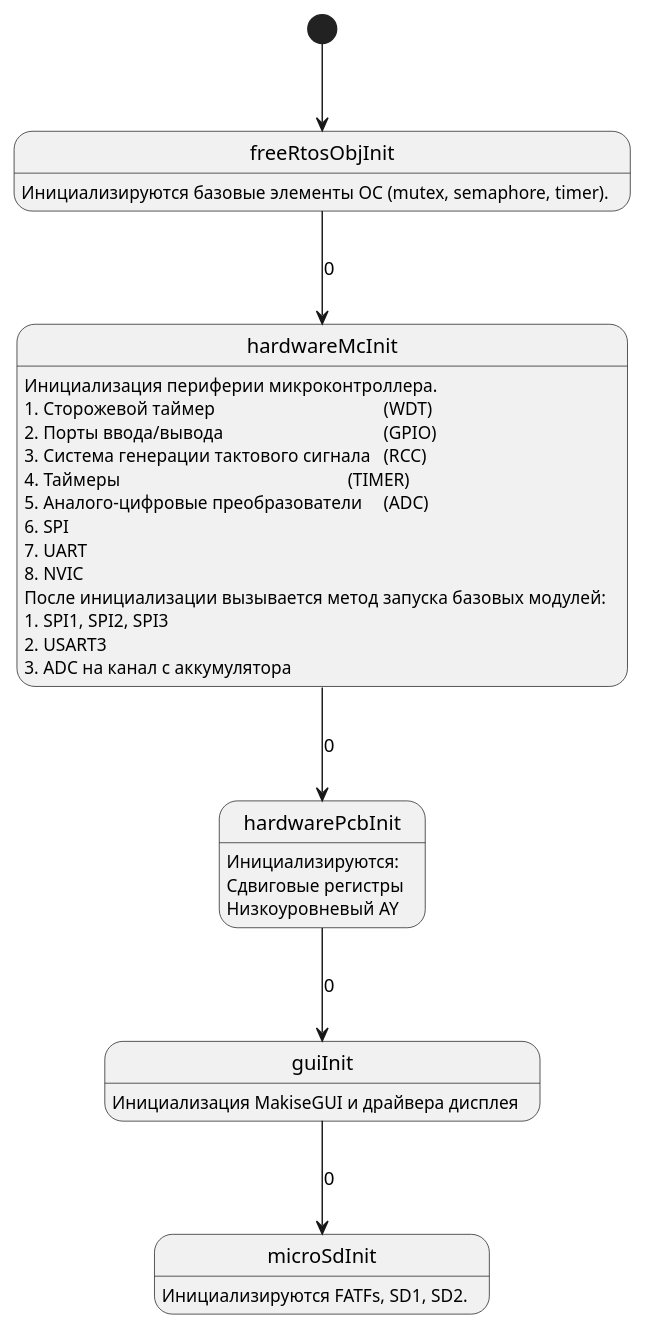
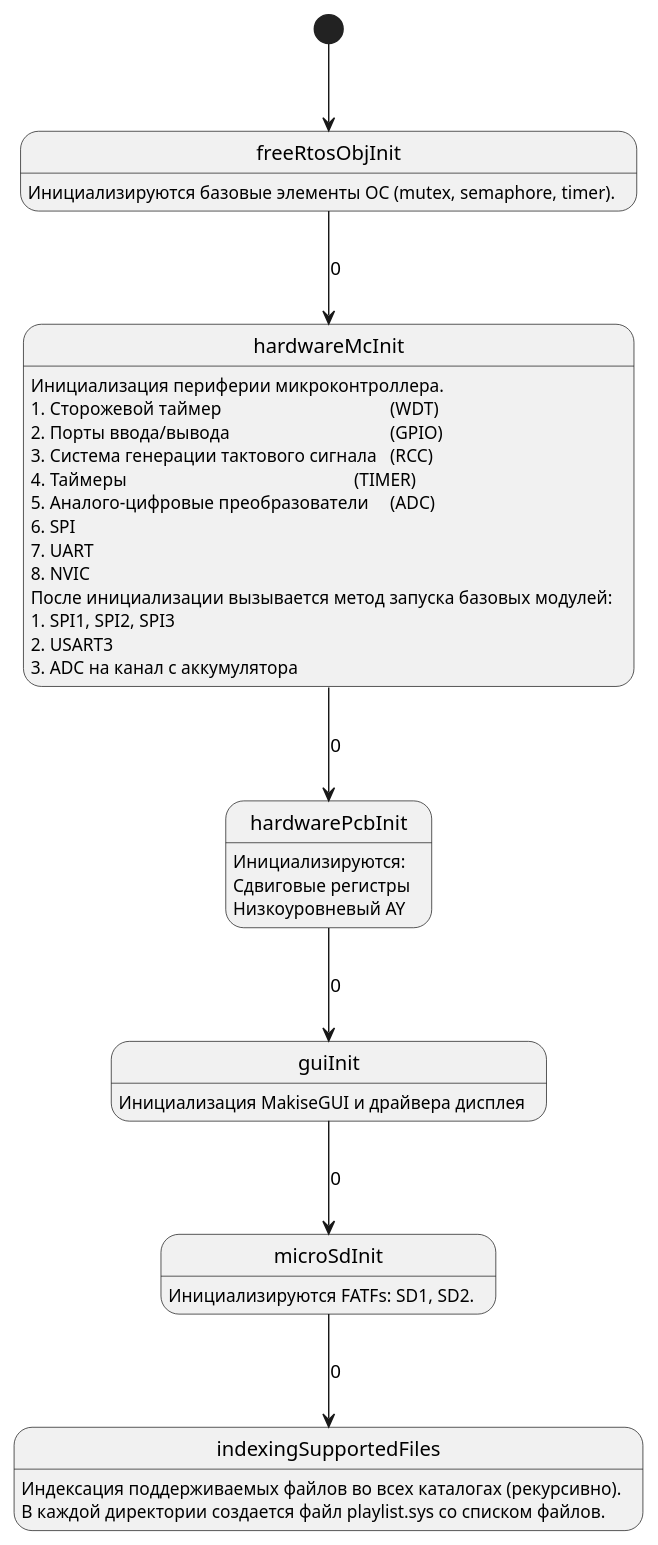
One commit to Vadimatorik/ChiptunePlayer-2.22 changed the diagram in user_code/fsm/tree/ayplayer_init_fsm.pu. Above: the diagram before and after it, drawn with PlantUML.

Commit message:
Изменения в user_code/fsm/tree/ayplayer_init_fsm.pu. 1. Добавлен метод анализа директории при включении.

```diff
--- a/user_code/fsm/tree/ayplayer_init_fsm.pu
+++ b/user_code/fsm/tree/ayplayer_init_fsm.pu
@@ -4,47 +4,55 @@
 @startuml
 
 [*] --> s0
 
 state "freeRtosObjInit" as s0 {
 s0:Инициализируются базовые элементы ОС (mutex, semaphore, timer).
 }
 
 s0 --> s1								: 0
 
 state "hardwareMcInit" as s1 {
 s1: Инициализация периферии микроконтроллера.
 s1:1. Сторожевой таймер\t\t\t\t\t(WDT)
 s1:2. Порты ввода/вывода\t\t\t\t\t(GPIO)
 s1:3. Система генерации тактового сигнала\t(RCC)
 s1:4. Таймеры\t\t\t\t\t\t\t(TIMER)
 s1:5. Аналого-цифровые преобразователи\t(ADC)
 s1:6. SPI
 s1:7. UART
 s1:8. NVIC
 s1:После инициализации вызывается метод запуска базовых модулей:
 s1:1. SPI1, SPI2, SPI3
 s1:2. USART3
 s1:3. ADC на канал с аккумулятора
 }
 
 s1 --> s2								: 0
 
 state "hardwarePcbInit" as s2 {
 s2:Инициализируются:
 s2:Сдвиговые регистры
 s2:Низкоуровневый AY
 }
 
 s2 --> s3								: 0
 
 state "guiInit" as s3 {
 s3:Инициализация MakiseGUI и драйвера дисплея
 }
 
 s3 --> s4								: 0
 
 state "microSdInit" as s4 {
-s4:Инициализируются FATFs, SD1, SD2.
+s4:Инициализируются FATFs: SD1, SD2.
 }
 
+s4 --> s5								: 0
+
+state "indexingSupportedFiles" as s5 {
+s5:Индексация поддерживаемых файлов во всех каталогах (рекурсивно).
+s5:В каждой директории создается файл playlist.sys со списком файлов.
+}
+
+
 @enduml
```
